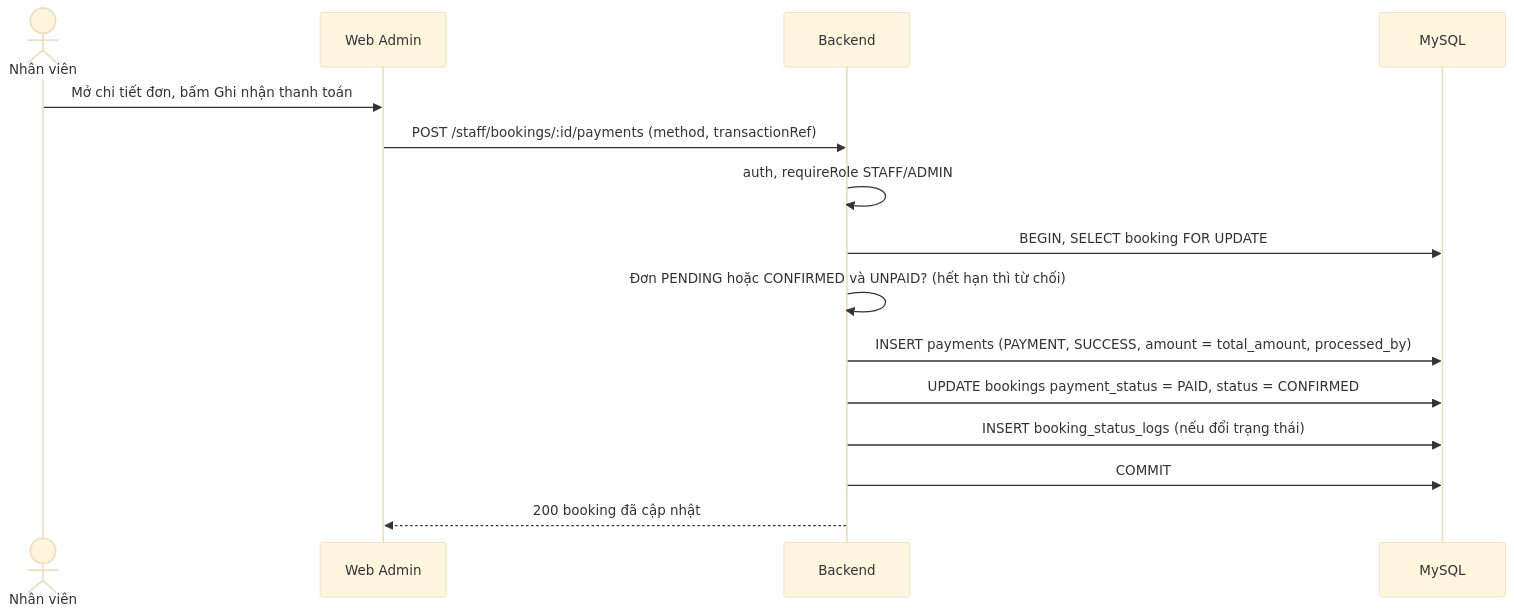
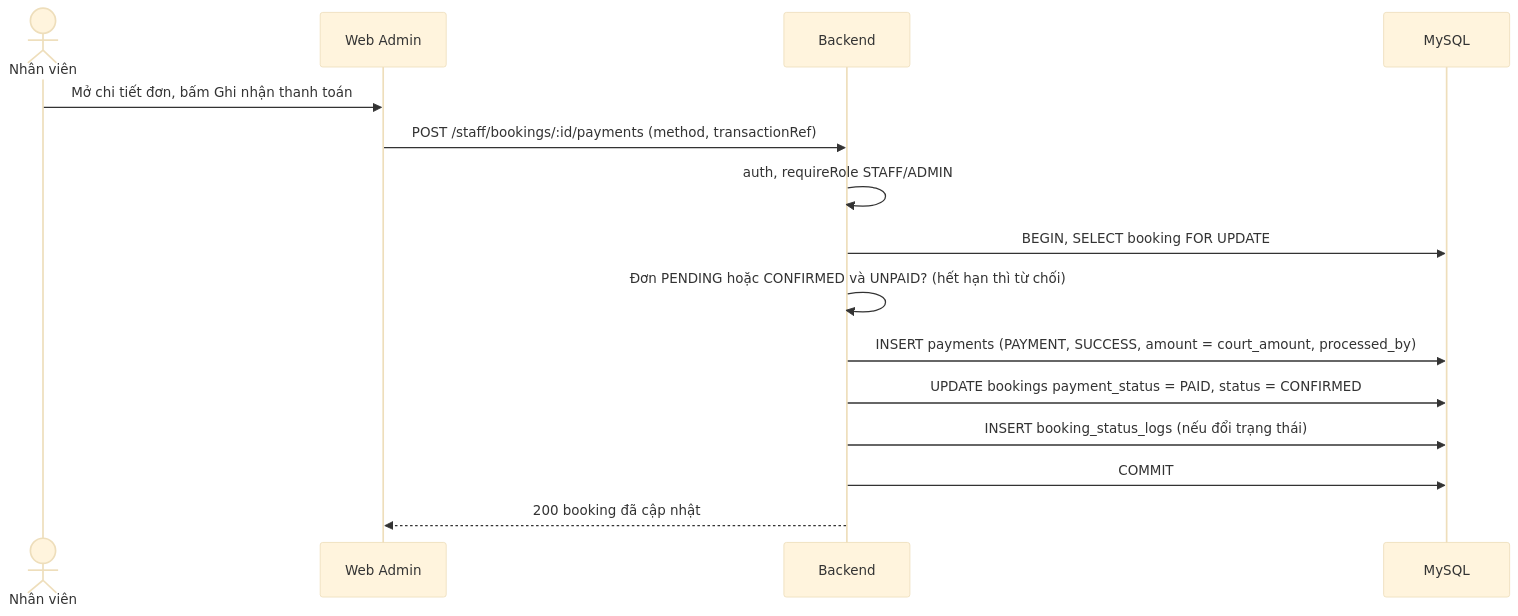
One commit to dinhdai132005-png/MobileDatLichSanTheThao changed the ninth of 17 diagrams in Plant/02-uml-diagrams.md. Above: the diagram before and after it, drawn with Mermaid (base theme). The commit also changed other lines of this file and 162 other files, not shown here.

````diff
--- a/Plant/02-uml-diagrams.md
+++ b/Plant/02-uml-diagrams.md
@@ -184,17 +231,17 @@
 ```mermaid
 sequenceDiagram
     actor NV as Nhân viên
     participant W as Web Admin
     participant API as Backend
     participant DB as MySQL
     NV->>W: Mở chi tiết đơn, bấm Ghi nhận thanh toán
     W->>API: POST /staff/bookings/:id/payments (method, transactionRef)
     API->>API: auth, requireRole STAFF/ADMIN
     API->>DB: BEGIN, SELECT booking FOR UPDATE
     API->>API: Đơn PENDING hoặc CONFIRMED và UNPAID? (hết hạn thì từ chối)
-    API->>DB: INSERT payments (PAYMENT, SUCCESS, amount = total_amount, processed_by)
+    API->>DB: INSERT payments (PAYMENT, SUCCESS, amount = court_amount, processed_by)
     API->>DB: UPDATE bookings payment_status = PAID, status = CONFIRMED
     API->>DB: INSERT booking_status_logs (nếu đổi trạng thái)
     API->>DB: COMMIT
     API-->>W: 200 booking đã cập nhật
 ```
````
